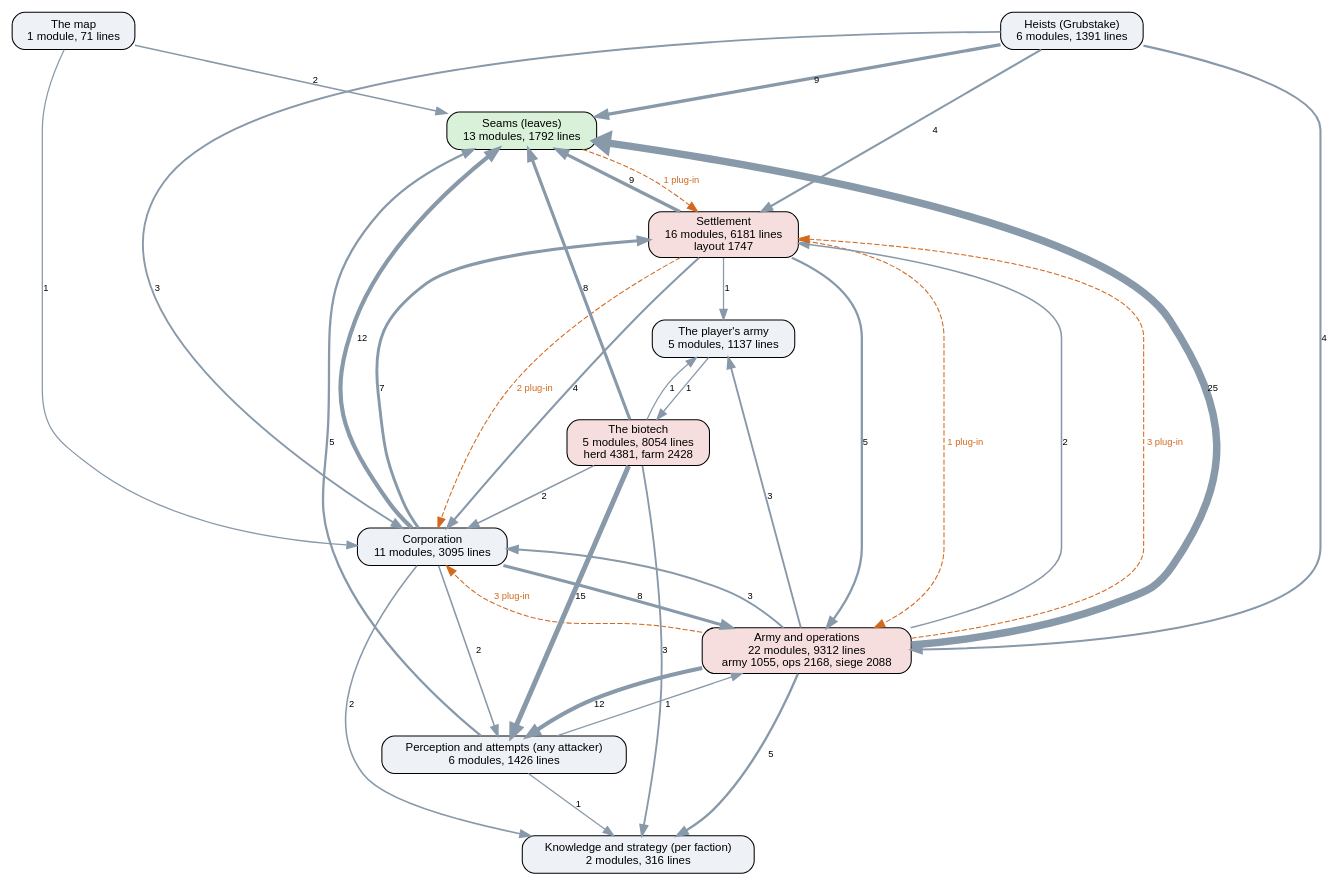
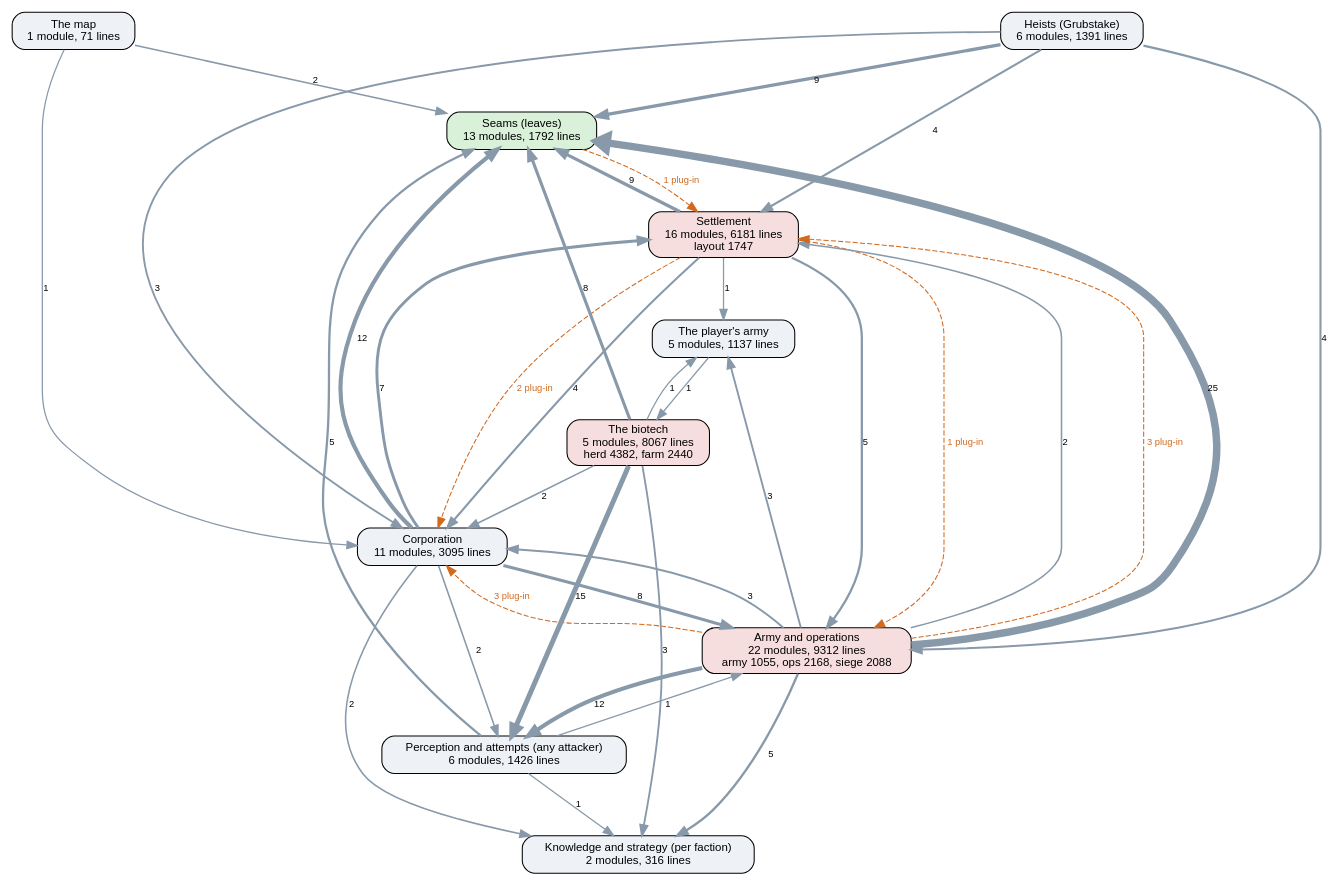
The diagram in docs/ai-layers.dot (kinelhu/landing-party), drawn with Graphviz before and after one commit. The commit also changed 10 other files, not shown here.

```diff
--- a/docs/ai-layers.dot
+++ b/docs/ai-layers.dot
@@ -1,50 +1,50 @@
 digraph layers {
   graph [rankdir=TB, fontname="Helvetica", nodesep=0.5, ranksep=0.7];
   node [shape=box, style="rounded,filled", fontname="Helvetica", fontsize=11, fillcolor="#eef2f7"];
   edge [color="#8899aa", fontname="Helvetica", fontsize=9];
   "Seams (leaves)" [label="Seams (leaves)\n13 modules, 1792 lines", fillcolor="#d9f0d9"];
   "Perception and attempts (any attacker)" [label="Perception and attempts (any attacker)\n6 modules, 1426 lines", fillcolor="#eef2f7"];
   "Knowledge and strategy (per faction)" [label="Knowledge and strategy (per faction)\n2 modules, 316 lines", fillcolor="#eef2f7"];
   "Corporation" [label="Corporation\n11 modules, 3095 lines", fillcolor="#eef2f7"];
   "Settlement" [label="Settlement\n16 modules, 6181 lines\nlayout 1747", fillcolor="#f7dede"];
   "Army and operations" [label="Army and operations\n22 modules, 9312 lines\narmy 1055, ops 2168, siege 2088", fillcolor="#f7dede"];
   "Heists (Grubstake)" [label="Heists (Grubstake)\n6 modules, 1391 lines", fillcolor="#eef2f7"];
-  "The biotech" [label="The biotech\n5 modules, 8054 lines\nherd 4381, farm 2428", fillcolor="#f7dede"];
+  "The biotech" [label="The biotech\n5 modules, 8067 lines\nherd 4382, farm 2440", fillcolor="#f7dede"];
   "The map" [label="The map\n1 module, 71 lines", fillcolor="#eef2f7"];
   "The player's army" [label="The player's army\n5 modules, 1137 lines", fillcolor="#eef2f7"];
   "Army and operations" -> "Corporation" [label="3", penwidth=1.8];
   "Army and operations" -> "Knowledge and strategy (per faction)" [label="5", penwidth=2.2];
   "Army and operations" -> "Perception and attempts (any attacker)" [label="12", penwidth=4.0];
   "Army and operations" -> "Seams (leaves)" [label="25", penwidth=7.2];
   "Army and operations" -> "Settlement" [label="2", penwidth=1.5];
   "Army and operations" -> "The player's army" [label="3", penwidth=1.8];
   "Corporation" -> "Army and operations" [label="8", penwidth=3.0];
   "Corporation" -> "Knowledge and strategy (per faction)" [label="2", penwidth=1.5];
   "Corporation" -> "Perception and attempts (any attacker)" [label="2", penwidth=1.5];
   "Corporation" -> "Seams (leaves)" [label="12", penwidth=4.0];
   "Corporation" -> "Settlement" [label="7", penwidth=2.8];
   "Heists (Grubstake)" -> "Army and operations" [label="4", penwidth=2.0];
   "Heists (Grubstake)" -> "Corporation" [label="3", penwidth=1.8];
   "Heists (Grubstake)" -> "Seams (leaves)" [label="9", penwidth=3.2];
   "Heists (Grubstake)" -> "Settlement" [label="4", penwidth=2.0];
   "Perception and attempts (any attacker)" -> "Army and operations" [label="1", penwidth=1.2];
   "Perception and attempts (any attacker)" -> "Knowledge and strategy (per faction)" [label="1", penwidth=1.2];
   "Perception and attempts (any attacker)" -> "Seams (leaves)" [label="5", penwidth=2.2];
   "Settlement" -> "Army and operations" [label="5", penwidth=2.2];
   "Settlement" -> "Corporation" [label="4", penwidth=2.0];
   "Settlement" -> "Seams (leaves)" [label="9", penwidth=3.2];
   "Settlement" -> "The player's army" [label="1", penwidth=1.2];
   "The biotech" -> "Corporation" [label="2", penwidth=1.5];
   "The biotech" -> "Knowledge and strategy (per faction)" [label="3", penwidth=1.8];
   "The biotech" -> "Perception and attempts (any attacker)" [label="15", penwidth=4.8];
   "The biotech" -> "Seams (leaves)" [label="8", penwidth=3.0];
   "The biotech" -> "The player's army" [label="1", penwidth=1.2];
   "The map" -> "Corporation" [label="1", penwidth=1.2];
   "The map" -> "Seams (leaves)" [label="2", penwidth=1.5];
   "The player's army" -> "The biotech" [label="1", penwidth=1.2];
   "Army and operations" -> "Corporation" [style=dashed, color="#d2691e", fontcolor="#d2691e", label="3 plug-in"];
   "Army and operations" -> "Settlement" [style=dashed, color="#d2691e", fontcolor="#d2691e", label="3 plug-in"];
   "Seams (leaves)" -> "Settlement" [style=dashed, color="#d2691e", fontcolor="#d2691e", label="1 plug-in"];
   "Settlement" -> "Army and operations" [style=dashed, color="#d2691e", fontcolor="#d2691e", label="1 plug-in"];
   "Settlement" -> "Corporation" [style=dashed, color="#d2691e", fontcolor="#d2691e", label="2 plug-in"];
 }
```
